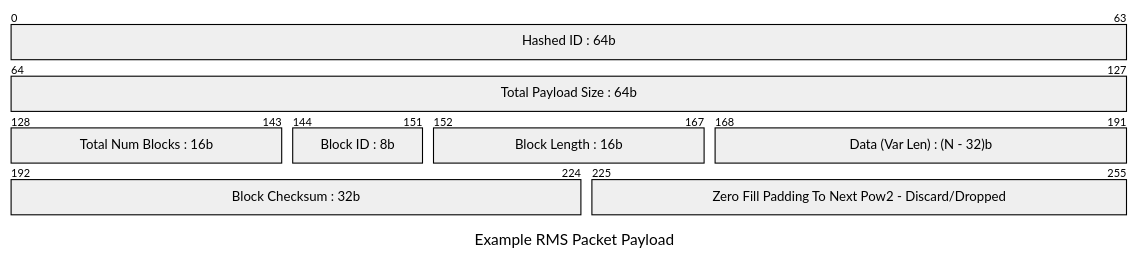
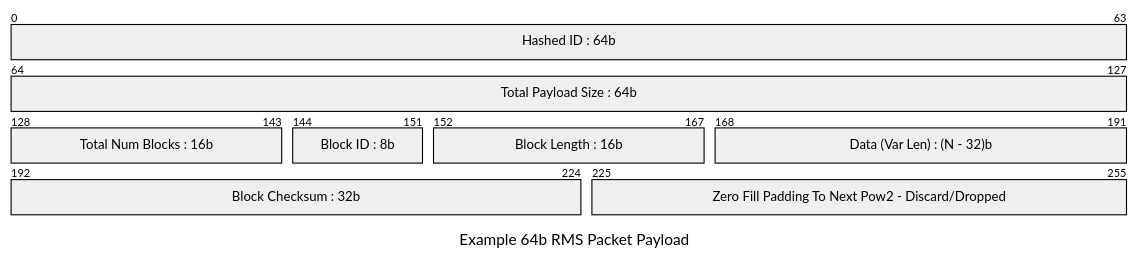
One commit to Rackhamn/iot_arch_project1 changed the third of 6 diagrams in README.md. Above: the diagram before and after it, drawn with Mermaid. The commit also changed other lines of this file, not shown here.

Commit message:
Made a RMS payload for 32b

````diff
--- a/README.md
+++ b/README.md
@@ -135,22 +135,22 @@
 ```mermaid
 ---
-title: "Example RMS Packet Payload"
+title: "Example 64b RMS Packet Payload"
 config:
     packet:
         rowHeight: 32
         bitWidth: 16
         bitsPerRow: 64
         showBits: true
         paddingX: 10
         paddingY: 5
 ---
  packet-beta
     0-63: "Hashed ID : 64b"
     64-127: "Total Payload Size : 64b" 
     128-143: "Total Num Blocks : 16b"
     144-151: "Block ID : 8b"
     152-167: "Block Length : 16b"
     168-191: "Data (Var Len) : (N - 32)b"
     192-224: "Block Checksum : 32b"
     225-255: "Zero Fill Padding To Next Pow2 - Discard/Dropped"
 ```
````
